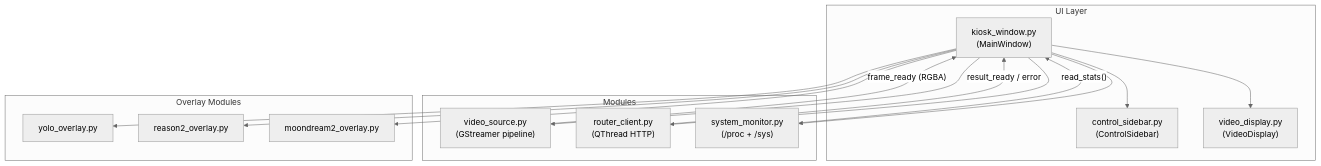
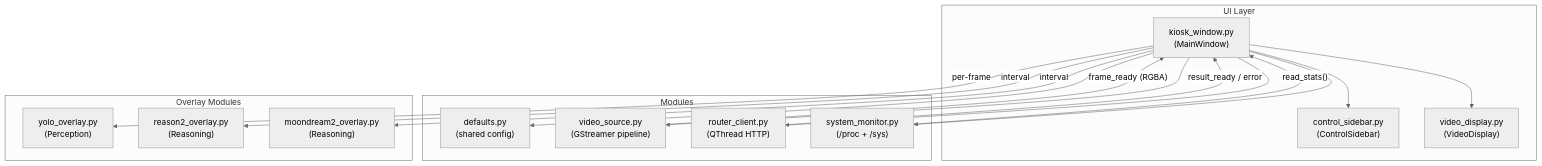
Before and after one commit to ccbruce0812/nikko-vlm-webui: the second of 4 diagrams in pyside6-gui.md, drawn with Mermaid (neutral theme). The commit also changed other lines of this file, not shown here.

Commit message:
Update architecture and mermaid.

````diff
--- a/pyside6-gui.md
+++ b/pyside6-gui.md
@@ -42,32 +42,34 @@
 ```mermaid
 flowchart TB
     subgraph UI["UI Layer"]
         Main["kiosk_window.py<br/>(MainWindow)"]
         Sidebar["control_sidebar.py<br/>(ControlSidebar)"]
         Display["video_display.py<br/>(VideoDisplay)"]
     end
 
     subgraph Modules["Modules"]
+        DF["defaults.py<br/>(shared config)"]
         VS["video_source.py<br/>(GStreamer pipeline)"]
         RC["router_client.py<br/>(QThread HTTP)"]
         SM["system_monitor.py<br/>(/proc + /sys)"]
     end
 
     subgraph Overlay["Overlay Modules"]
-        YO["yolo_overlay.py"]
-        R2O["reason2_overlay.py"]
-        MD2O["moondream2_overlay.py"]
+        YO["yolo_overlay.py<br/>(Perception)"]
+        R2O["reason2_overlay.py<br/>(Reasoning)"]
+        MD2O["moondream2_overlay.py<br/>(Reasoning)"]
     end
 
     Main --> Sidebar
     Main --> Display
+    Main --> DF
     Main --> VS
     Main --> RC
     Main --> SM
-    Main --> YO
-    Main --> R2O
-    Main --> MD2O
+    Main -- "per-frame" --> YO
+    Main -- "interval" --> R2O
+    Main -- "interval" --> MD2O
     VS -- "frame_ready (RGBA)" --> Main
     RC -- "result_ready / error" --> Main
     SM -- "read_stats()" --> Main
 ```
````
